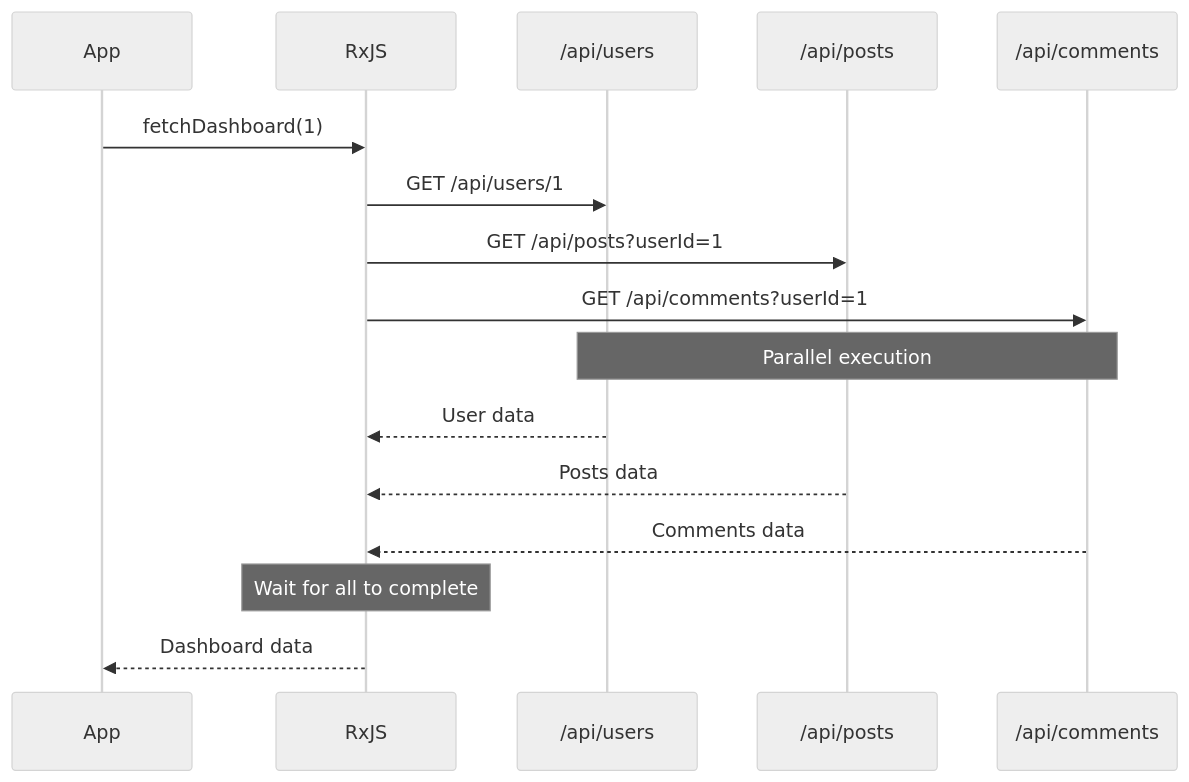
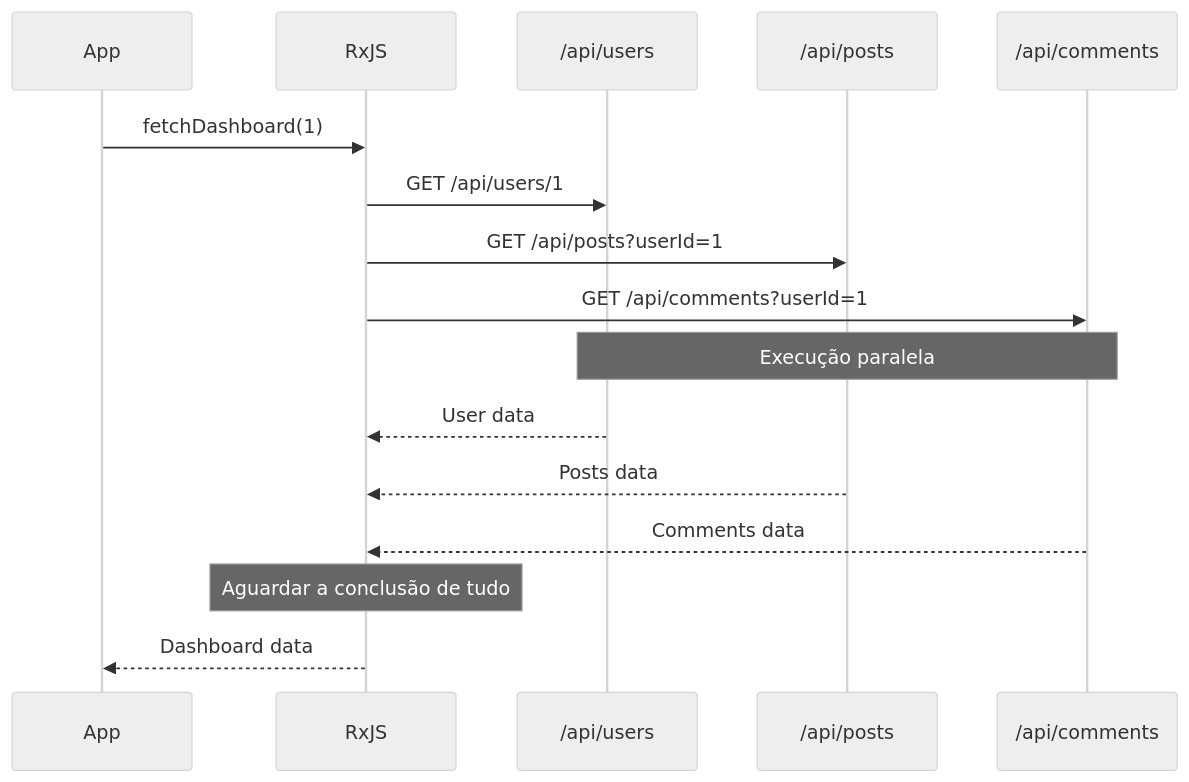
One commit to shuji-bonji/RxJS-with-TypeScript changed the first of 2 diagrams in docs/pt/guide/practical-patterns/api-calls.md. Above: the diagram before and after it, drawn with Mermaid (neutral theme). The commit also changed other lines of this file and 61 other files, not shown here.

````diff
--- a/docs/pt/guide/practical-patterns/api-calls.md
+++ b/docs/pt/guide/practical-patterns/api-calls.md
@@ -259,23 +368,23 @@
 ```mermaid
 sequenceDiagram
     participant App
     participant RxJS
     participant API1 as /api/users
     participant API2 as /api/posts
     participant API3 as /api/comments
 
     App->>RxJS: fetchDashboard(1)
     RxJS->>API1: GET /api/users/1
     RxJS->>API2: GET /api/posts?userId=1
     RxJS->>API3: GET /api/comments?userId=1
 
-    Note over API1,API3: Parallel execution
+    Note over API1,API3: Execução paralela
 
     API1-->>RxJS: User data
     API2-->>RxJS: Posts data
     API3-->>RxJS: Comments data
 
-    Note over RxJS: Wait for all to complete
+    Note over RxJS: Aguardar a conclusão de tudo
 
     RxJS-->>App: Dashboard data
 ```
````
